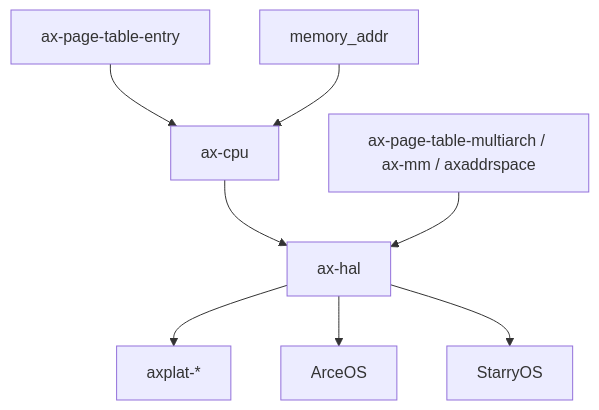
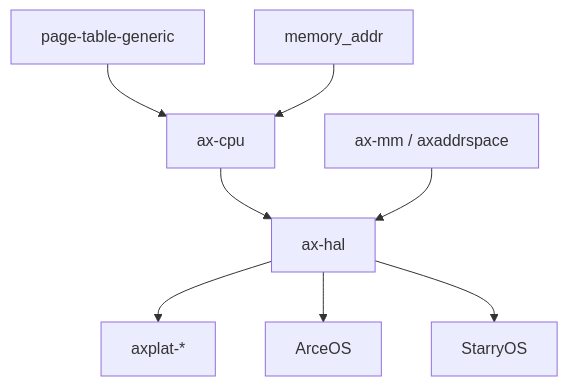
One commit to rcore-os/tgoskits changed the diagram in docs/docs/components/crates/ax-cpu.md. Above: the diagram before and after it, drawn with Mermaid. The commit also changed other lines of this file and 83 other files, not shown here.

Commit message:
refactor(memory): unify page-table execution on page-table-generic

````diff
--- a/docs/docs/components/crates/ax-cpu.md
+++ b/docs/docs/components/crates/ax-cpu.md
@@ -187,10 +189,10 @@
 ```mermaid
 graph TD
-    A[ax-page-table-entry] --> B[ax-cpu]
+    A[page-table-generic] --> B[ax-cpu]
     C[memory_addr] --> B
     B --> D[ax-hal]
     D --> E[axplat-*]
     D --> F[ArceOS]
     D --> G[StarryOS]
-    H[ax-page-table-multiarch / ax-mm / axaddrspace] --> D
+    H[ax-mm / axaddrspace] --> D
 ```
````
